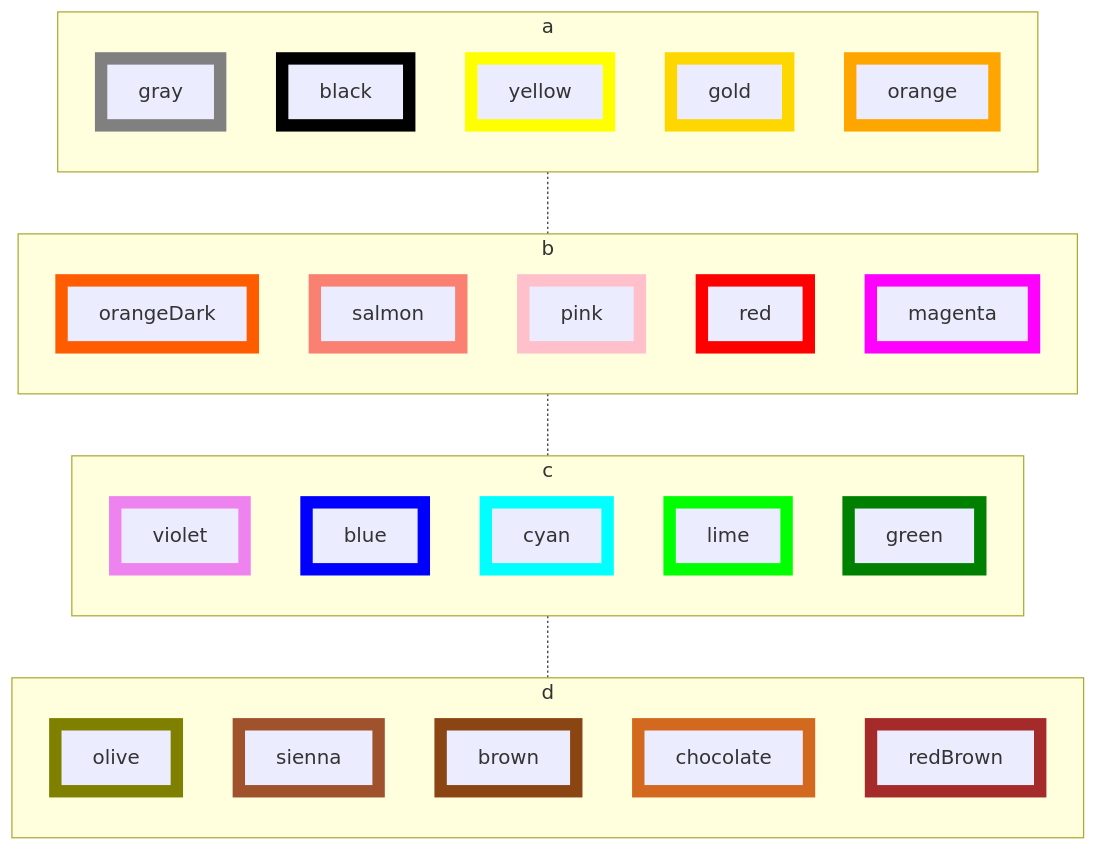
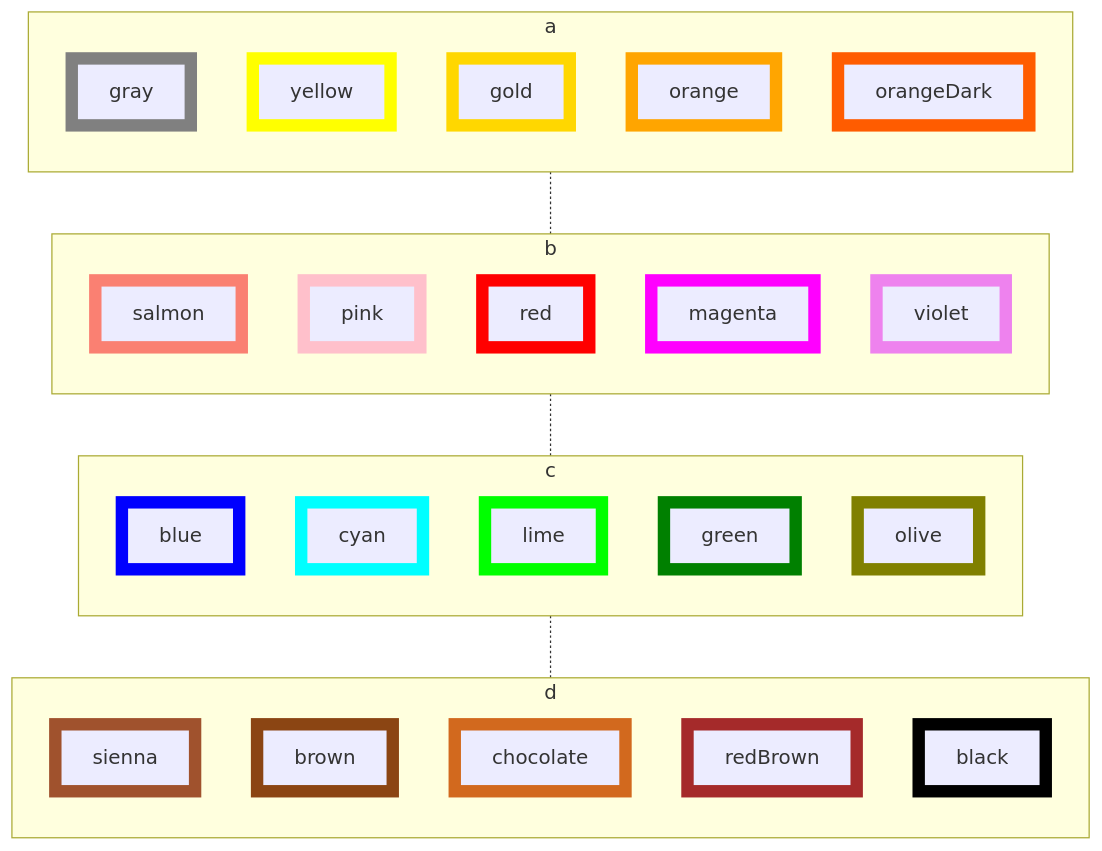
The second of 2 diagrams in files/fill-and-stroke-colors.md (Ee-Cs/Ee-Cs.github.io), drawn with Mermaid before and after one commit. The commit also changed other lines of this file, not shown here.

````diff
--- a/files/fill-and-stroke-colors.md
+++ b/files/fill-and-stroke-colors.md
@@ -38,57 +38,57 @@
 ```mermaid
 flowchart TB
 subgraph a
     direction TB
     gray:::gray
-    black:::black
     yellow:::yellow
     gold:::gold
     orange:::orange
+    orangeDark:::orangeDark
 end
 subgraph b
     direction TB
-    orangeDark:::orangeDark
     salmon:::salmon
     pink:::pink
     red:::red
     magenta:::magenta
+    violet:::violet
 end
 subgraph c
     direction TB
-    violet:::violet
     blue:::blue
     cyan:::cyan
     lime:::lime
     green:::green
+    olive:::olive
 end
 subgraph d
     direction TB
-    olive:::olive
     sienna:::sienna
     brown:::brown
     chocolate:::chocolate
     redBrown:::redBrown
+    black:::black
 end
 a -.- b -.- c -.- d
 %% Styles
     classDef black stroke:black,stroke-width:10px
     classDef blue stroke:blue,stroke-width:10px
     classDef brown stroke:saddlebrown,stroke-width:10px
     classDef chocolate stroke:chocolate,stroke-width:10px
     classDef cyan stroke:cyan,stroke-width:10px
     classDef gold stroke:gold,stroke-width:10px
     classDef gray stroke:gray,stroke-width:10px
     classDef green stroke:green,stroke-width:10px
     classDef lime stroke:lime,stroke-width:10px
     classDef magenta stroke:magenta,stroke-width:10px
     classDef olive stroke:olive,stroke-width:10px
     classDef orange stroke:orange,stroke-width:10px
     classDef orangeDark stroke:#FF5C00,stroke-width:10px
     classDef pink stroke:pink,stroke-width:10px
     classDef red stroke:red,stroke-width:10px
     classDef redBrown stroke:brown,stroke-width:10px
     classDef salmon stroke:salmon,stroke-width:10px
     classDef sienna stroke:sienna,stroke-width:10px
     classDef violet stroke:violet,stroke-width:10px
     classDef yellow stroke:yellow,stroke-width:10px
 ```
````
